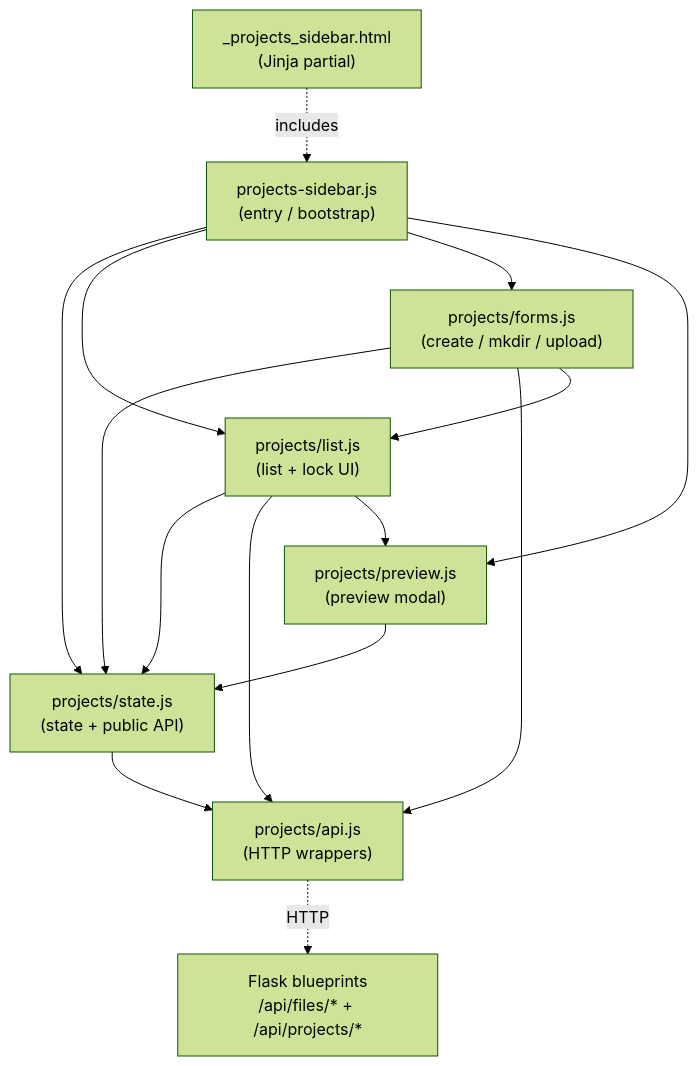
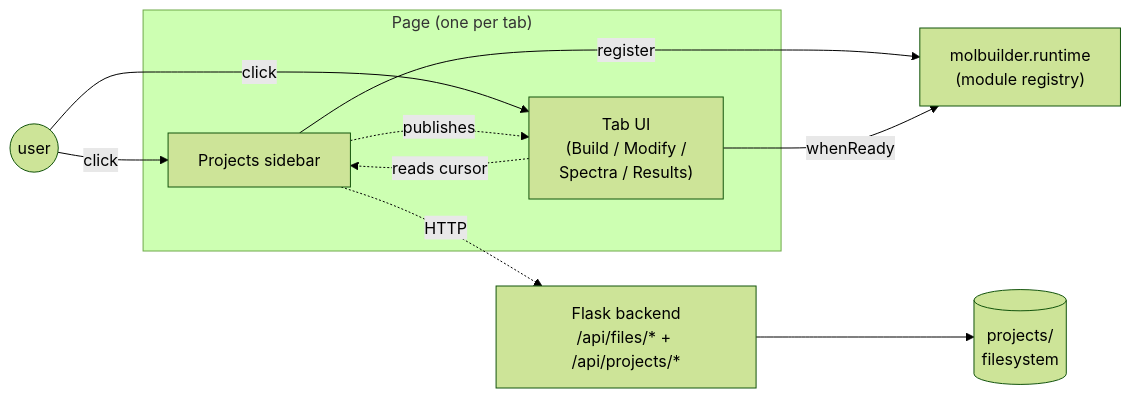
The first of 6 diagrams in docs/protocols/projects-sidebar.md (Qing-LAB/molbuilder), drawn with Mermaid (forest theme) before and after one commit. The commit also changed other lines of this file, not shown here.

First line of the commit message:
docs/projects-sidebar: rewrite as design-first reference

````diff
--- a/docs/protocols/projects-sidebar.md
+++ b/docs/protocols/projects-sidebar.md
@@ -98,26 +79,22 @@
 ```mermaid
-flowchart TD
-    template["_projects_sidebar.html<br/>(Jinja partial)"]
-    entry["projects-sidebar.js<br/>(entry / bootstrap)"]
-    state["projects/state.js<br/>(state + public API)"]
-    api["projects/api.js<br/>(HTTP wrappers)"]
-    list["projects/list.js<br/>(list + lock UI)"]
-    forms["projects/forms.js<br/>(create / mkdir / upload)"]
-    preview["projects/preview.js<br/>(preview modal)"]
-    backend["Flask blueprints<br/>/api/files/* + /api/projects/*"]
+flowchart LR
+    user(("user"))
 
-    template -.includes.-> entry
-    entry --> state
-    entry --> list
-    entry --> forms
-    entry --> preview
-    list --> state
-    list --> api
-    list --> preview
-    forms --> state
-    forms --> api
-    forms --> list
-    preview --> state
-    state --> api
-    api -.HTTP.-> backend
+    subgraph page["Page (one per tab)"]
+        tabs["Tab UI<br/>(Build / Modify /<br/>Spectra / Results)"]
+        sidebar["Projects sidebar"]
+    end
+
+    runtime["molbuilder.runtime<br/>(module registry)"]
+    backend["Flask backend<br/>/api/files/* + /api/projects/*"]
+    fs[(projects/<br/>filesystem)]
+
+    user -->|click| sidebar
+    user -->|click| tabs
+    sidebar -.publishes.-> tabs
+    tabs -.reads cursor.-> sidebar
+    sidebar -.HTTP.-> backend
+    backend --> fs
+    sidebar -->|register| runtime
+    tabs -->|whenReady| runtime
 ```
````
